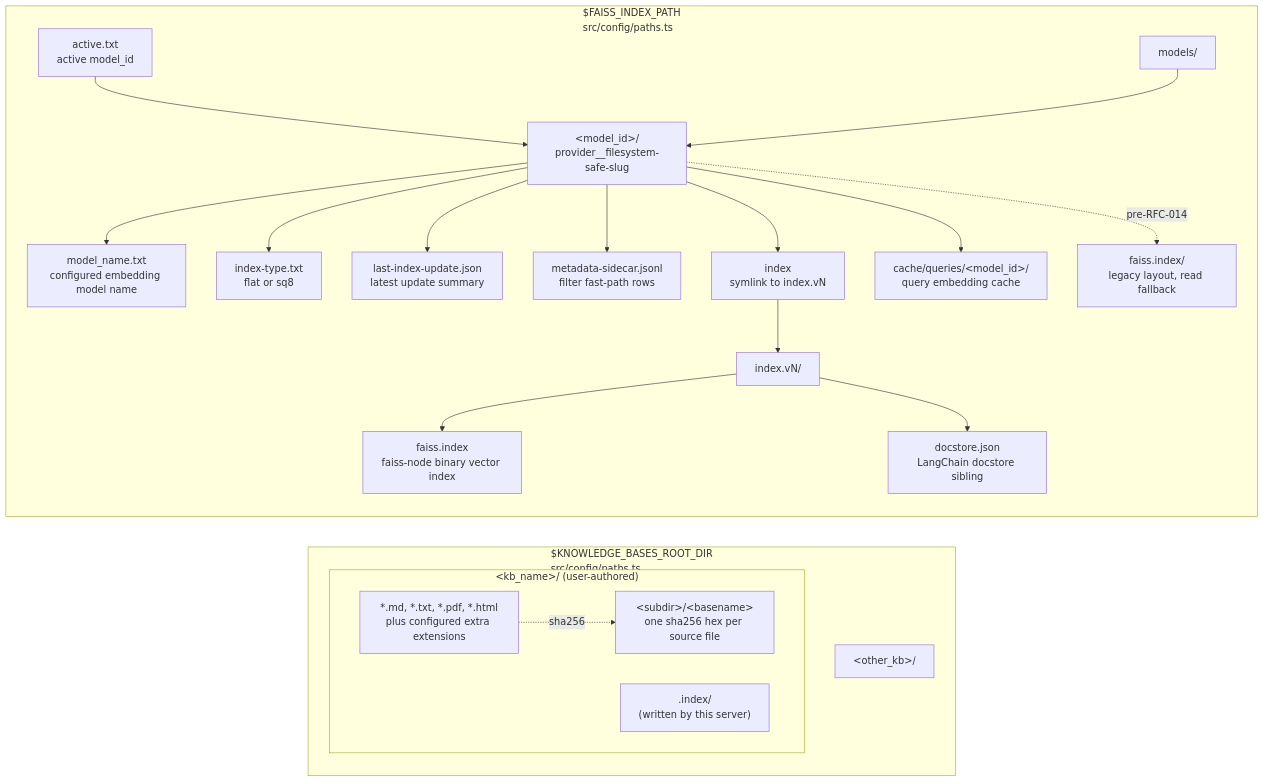
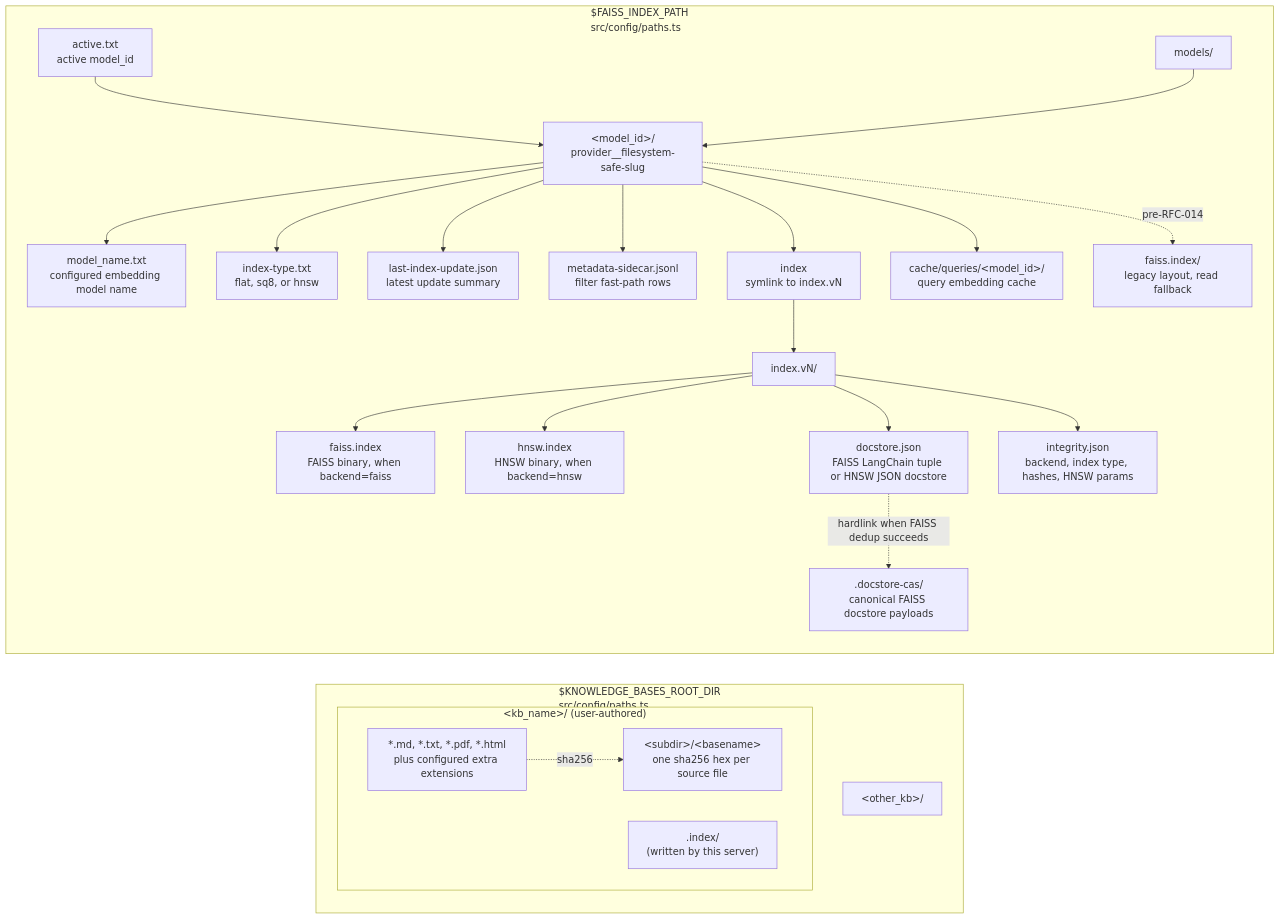
One commit to jeanibarz/knowledge-base-mcp-server changed the diagram in docs/architecture/data-model.md. Above: the diagram before and after it, drawn with Mermaid. The commit also changed other lines of this file and 6 other files, not shown here.

Commit message:
docs: align architecture with current index backends

````diff
--- a/docs/architecture/data-model.md
+++ b/docs/architecture/data-model.md
@@ -7,43 +7,49 @@
 ```mermaid
 flowchart LR
   subgraph kbs["$KNOWLEDGE_BASES_ROOT_DIR<br/>src/config/paths.ts"]
     direction TB
     subgraph kb1["&lt;kb_name&gt;/  (user-authored)"]
       Source["*.md, *.txt, *.pdf, *.html<br/>plus configured extra extensions"]
       SidecarDir[".index/<br/>(written by this server)"]
       Sidecar["&lt;subdir&gt;/&lt;basename&gt;<br/>one sha256 hex per source file"]
       Source -.sha256.-> Sidecar
     end
     kb2["&lt;other_kb&gt;/"]
   end
 
   subgraph faiss["$FAISS_INDEX_PATH<br/>src/config/paths.ts"]
     direction TB
     Active["active.txt<br/>active model_id"]
     Models["models/"]
     ModelDir["&lt;model_id&gt;/<br/>provider__filesystem-safe-slug"]
       ModelName["model_name.txt<br/>configured embedding model name"]
-      IndexType["index-type.txt<br/>flat or sq8"]
+      IndexType["index-type.txt<br/>flat, sq8, or hnsw"]
       LastUpdate["last-index-update.json<br/>latest update summary"]
       MetadataSidecar["metadata-sidecar.jsonl<br/>filter fast-path rows"]
       IndexLink["index<br/>symlink to index.vN"]
       Version["index.vN/"]
-      Faiss["faiss.index<br/>faiss-node binary vector index"]
-      Docs["docstore.json<br/>LangChain docstore sibling"]
+      Faiss["faiss.index<br/>FAISS binary, when backend=faiss"]
+      Hnsw["hnsw.index<br/>HNSW binary, when backend=hnsw"]
+      Docs["docstore.json<br/>FAISS LangChain tuple or HNSW JSON docstore"]
+      Integrity["integrity.json<br/>backend, index type, hashes, HNSW params"]
+      Cas[".docstore-cas/<br/>canonical FAISS docstore payloads"]
       QueryCache["cache/queries/&lt;model_id&gt;/<br/>query embedding cache"]
       Legacy["faiss.index/<br/>legacy layout, read fallback"]
 
     Active --> ModelDir
     Models --> ModelDir
     ModelDir --> ModelName
     ModelDir --> IndexType
     ModelDir --> LastUpdate
     ModelDir --> MetadataSidecar
     ModelDir --> IndexLink
     IndexLink --> Version
     Version --> Faiss
+    Version --> Hnsw
     Version --> Docs
+    Version --> Integrity
+    Docs -.hardlink when FAISS dedup succeeds.-> Cas
     ModelDir --> QueryCache
     ModelDir -.pre-RFC-014.-> Legacy
   end
 ```
````
